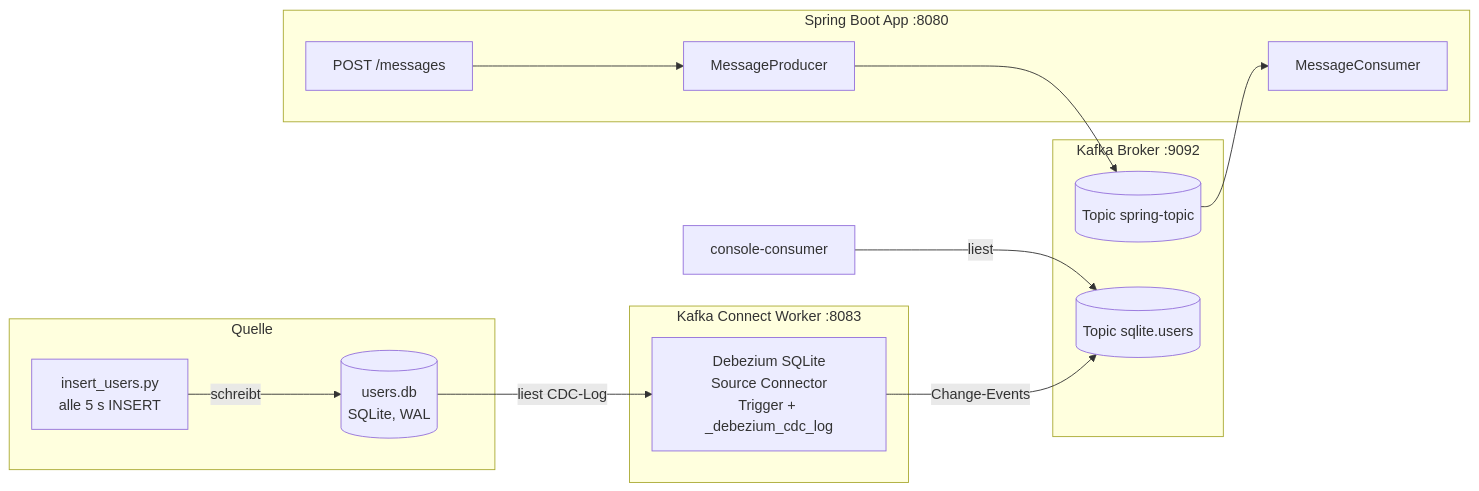
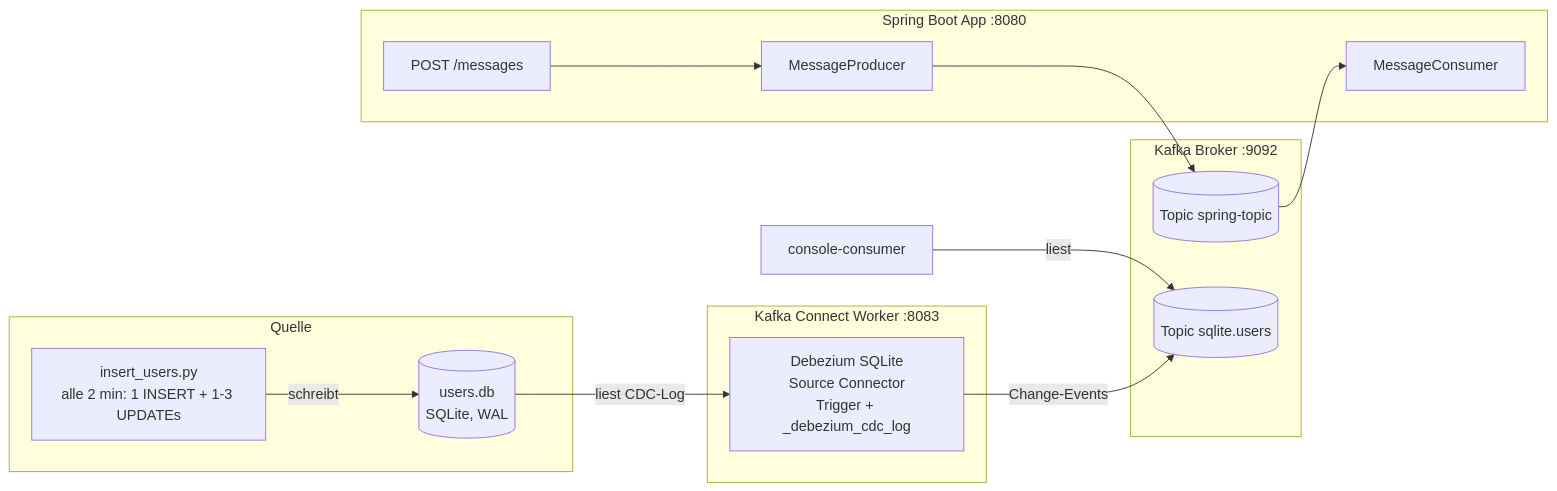
The diagram in docs/README.md (luclisson/kafka-sqlite3-conn-demo), drawn with Mermaid before and after one commit. The commit also changed other lines of this file and 7 other files, not shown here.

````diff
--- a/docs/README.md
+++ b/docs/README.md
@@ -27,28 +27,28 @@
 ```mermaid
 flowchart LR
     subgraph Quelle
-        PY[insert_users.py<br/>alle 5 s INSERT]
+        PY[insert_users.py<br/>alle 2 min: 1 INSERT + 1-3 UPDATEs]
         DB[(users.db<br/>SQLite, WAL)]
         PY -->|schreibt| DB
     end
 
     subgraph KafkaConnect[Kafka Connect Worker :8083]
         DBZ[Debezium SQLite<br/>Source Connector<br/>Trigger + _debezium_cdc_log]
     end
 
     subgraph KafkaBroker[Kafka Broker :9092]
         T1[(Topic sqlite.users)]
         T2[(Topic spring-topic)]
     end
 
     subgraph App[Spring Boot App :8080]
         P[MessageProducer]
         C[MessageConsumer]
         REST[POST /messages]
         REST --> P --> T2
         T2 --> C
     end
 
     DB -->|liest CDC-Log| DBZ -->|Change-Events| T1
     CC[console-consumer] -->|liest| T1
 ```
````
